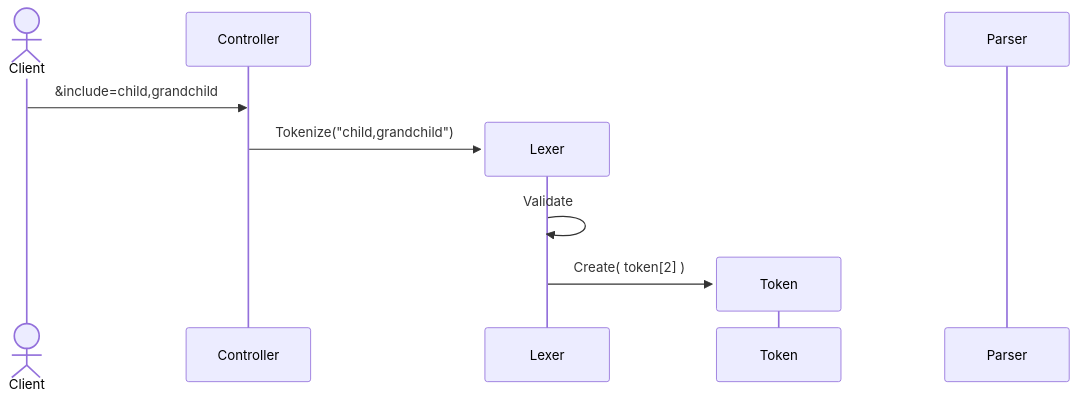
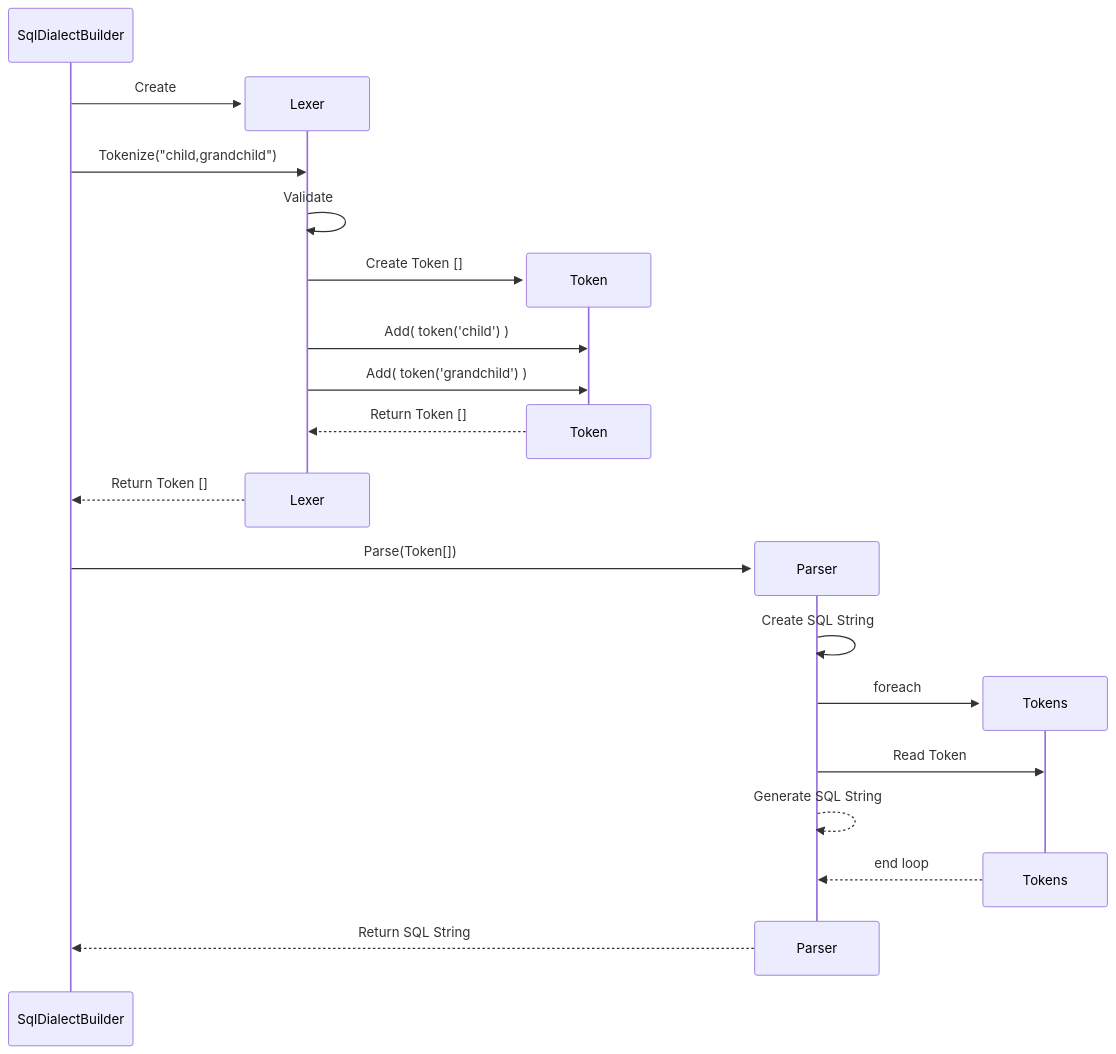
One commit to 3w3r/Patchwork changed the diagram in Spike_Solutions/Filter-Builder-Spike/README.md. Above: the diagram before and after it, drawn with Mermaid. The commit also changed 5 other files, not shown here.

Commit message:
Adding DB Schema Mapping to Spike (#9)

````diff
--- a/Spike_Solutions/Filter-Builder-Spike/README.md
+++ b/Spike_Solutions/Filter-Builder-Spike/README.md
@@ -15,15 +15,28 @@
 ```mermaid
 sequenceDiagram
-
-actor Client
-participant Controller
-
-Client ->> Controller : &include=child,grandchild
-create participant Lexer
-Controller ->> Lexer : Tokenize("child,grandchild")
-Lexer ->> Lexer : Validate
-create participant Token
-Lexer ->> Token : Create( token[2] )
-create participant Parser
+  participant SqlDialectBuilder  
+  create participant Lexer
+  SqlDialectBuilder ->> Lexer : Create
+  SqlDialectBuilder ->> Lexer : Tokenize("child,grandchild")
+  Lexer ->> Lexer : Validate
+  create participant Token
+  Lexer ->> Token : Create Token []
+  Lexer ->> Token : Add( token('child') )
+  Lexer ->> Token : Add( token('grandchild') )
+  destroy Token 
+  Token -->> Lexer : Return Token [] 
+  destroy Lexer
+  Lexer -->> SqlDialectBuilder : Return Token []
+  create participant Parser
+  SqlDialectBuilder ->> Parser : Parse(Token[])
+  Parser ->> Parser : Create SQL String
+  create participant Tokens
+  Parser ->> Tokens : foreach
+  Parser ->> Tokens : Read Token
+  Parser -->> Parser : Generate SQL String
+  destroy Tokens
+  Tokens -->> Parser : end loop
+  destroy Parser
+  Parser -->> SqlDialectBuilder : Return SQL String
 
 ```
````
